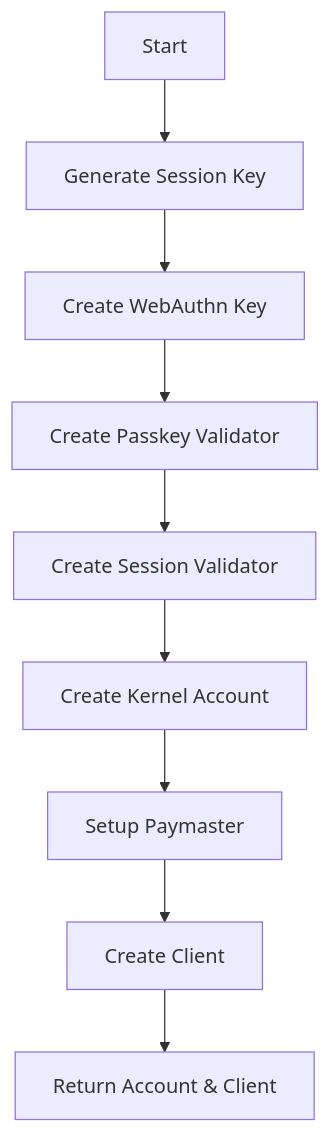
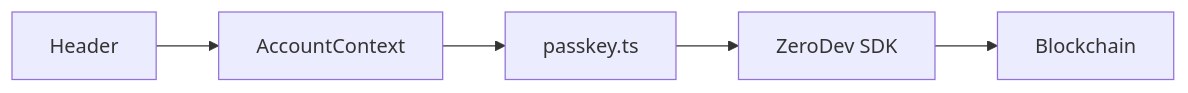
Before and after one commit to Kayaba-Attribution/smart-portfolio-v2: the second of 2 diagrams in docs/about.md, drawn with Mermaid. The commit also changed other lines of this file and 12 other files, not shown here.

````diff
--- a/docs/about.md
+++ b/docs/about.md
@@ -488,11 +325,7 @@
-   ```mermaid
-   graph TD
-       A[Start] --> B[Generate Session Key]
-       B --> C[Create WebAuthn Key]
-       C --> D[Create Passkey Validator]
-       D --> E[Create Session Validator]
-       E --> F[Create Kernel Account]
-       F --> G[Setup Paymaster]
-       G --> H[Create Client]
-       H --> I[Return Account & Client]
-   ```
+```mermaid
+graph LR
+    A[Header] --> B[AccountContext]
+    B --> C[passkey.ts]
+    C --> D[ZeroDev SDK]
+    D --> E[Blockchain]
+```
````
